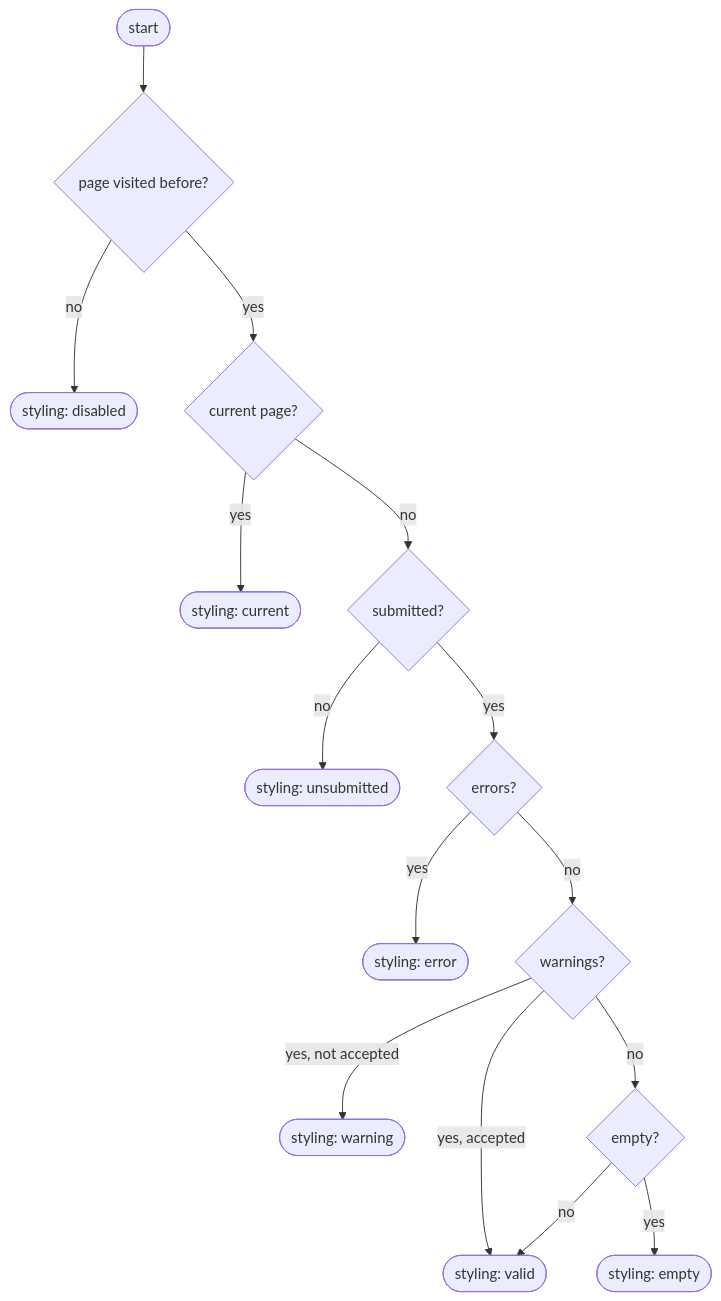
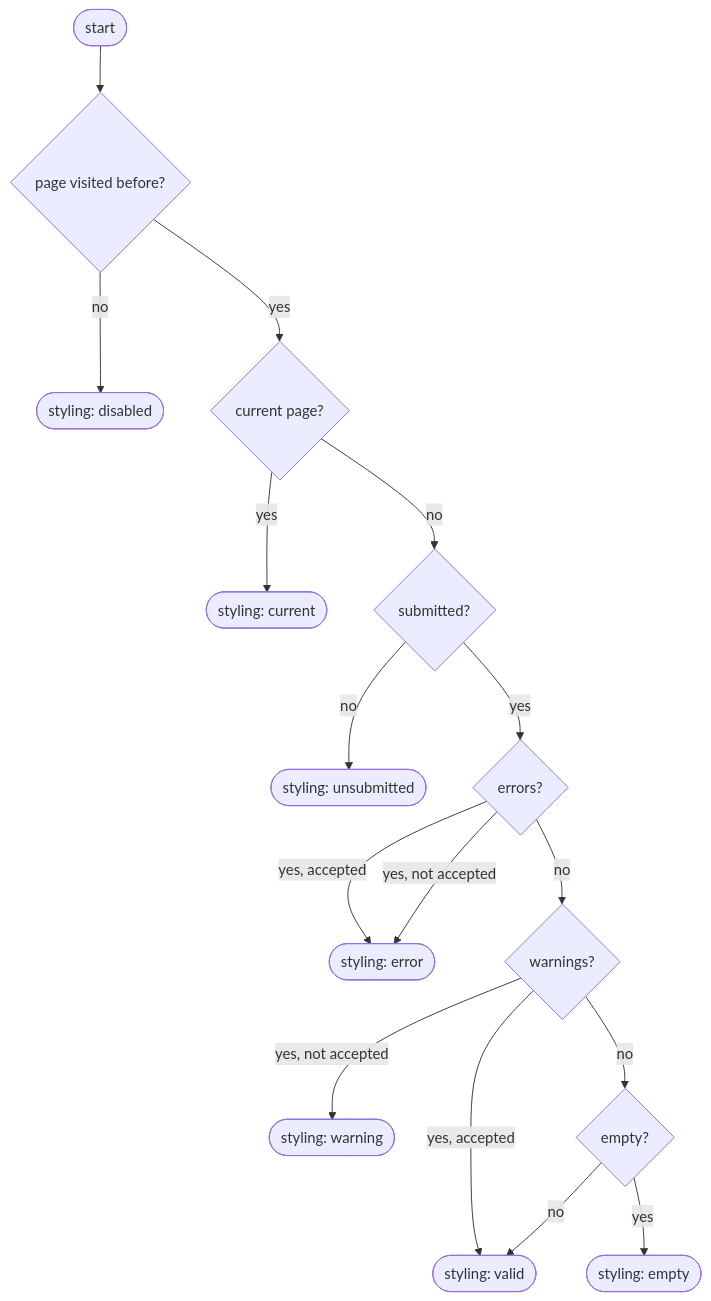
The first of 5 diagrams in documentatie/flowcharts/data-entry-forms.md (kiesraad/abacus), drawn with Mermaid before and after one commit. The commit also changed other lines of this file, not shown here.

Commit message:
Updated data entry flowcharts

````diff
--- a/documentatie/flowcharts/data-entry-forms.md
+++ b/documentatie/flowcharts/data-entry-forms.md
@@ -22,37 +17,38 @@
 ```mermaid
 flowchart TD
     %% elements
     flow-start([start])
 
     styling-disabled([styling: disabled])
     styling-current([styling: current])
     styling-unsubmitted([styling: unsubmitted])
     styling-error([styling: error])
     styling-warning([styling: warning])
     styling-empty([styling: empty])
     styling-valid([styling: valid])
 
     page-visited{page visited before?}
     current-page{current page?}
     submitted{submitted?}
 
     errors{errors?}
     warnings{warnings?}
     empty{empty?}
 
     %% flow
     flow-start --> page-visited
     page-visited -- no --> styling-disabled
     page-visited -- yes --> current-page
     current-page -- yes --> styling-current
     current-page -- no --> submitted
     submitted -- no --> styling-unsubmitted
     submitted -- yes --> errors
-    errors -- yes --> styling-error
+    errors -- yes, accepted --> styling-error
+    errors -- yes, not accepted --> styling-error
     errors -- no --> warnings
     warnings -- yes, accepted --> styling-valid
     warnings -- yes, not accepted --> styling-warning
     warnings -- no --> empty
     empty -- yes --> styling-empty
     empty -- no --> styling-valid
 ```
````
